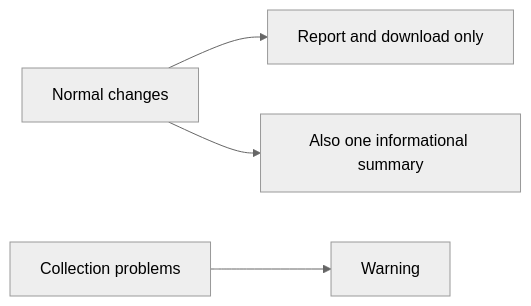
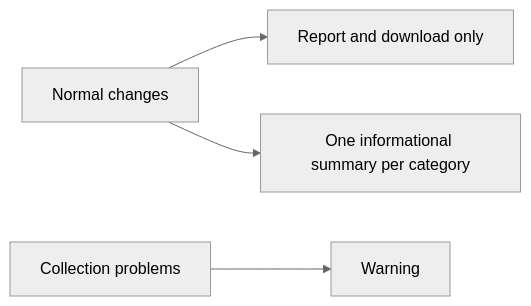
One commit to Cutuy/doramcap changed the fourth of 11 diagrams in console/docs/111526-pr386-fixes-log.md. Above: the diagram before and after it, drawn with Mermaid (neutral theme). The commit also changed other lines of this file, not shown here.

Commit message:
docs: close independent review and record category summary choice

````diff
--- a/console/docs/111526-pr386-fixes-log.md
+++ b/console/docs/111526-pr386-fixes-log.md
@@ -83,6 +83,6 @@
 ```mermaid
 flowchart LR
     A[Normal changes] --> B[Report and download only]
-    A --> C[Also one informational summary]
+    A --> C[One informational summary per category]
     D[Collection problems] --> E[Warning]
 ```
````
